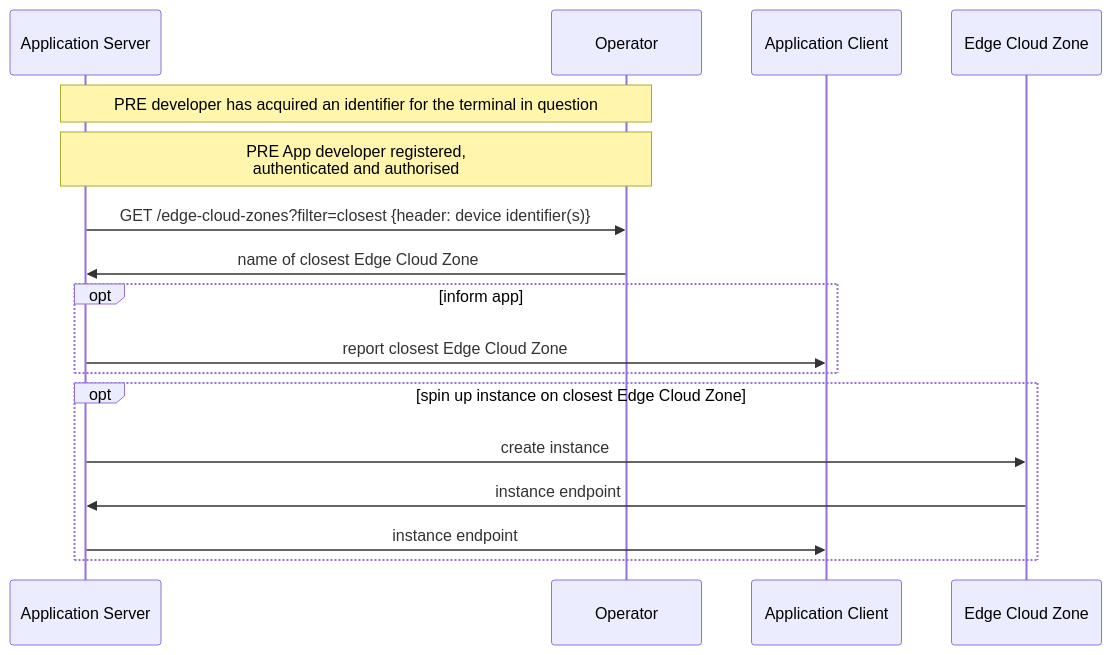
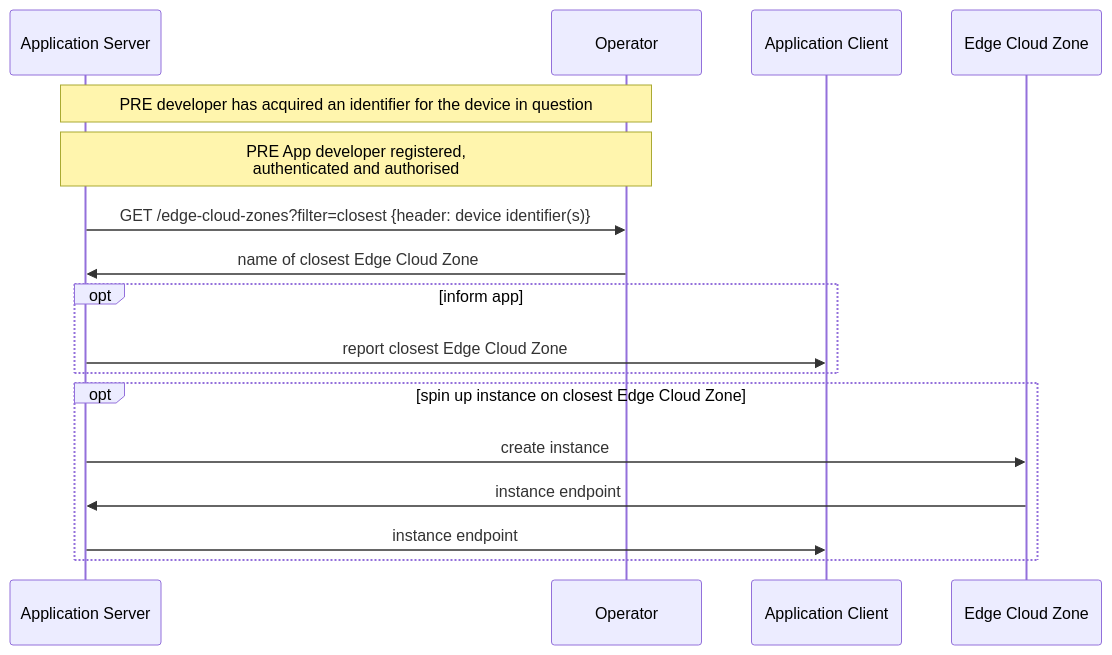
Before and after one commit to camaraproject/SimpleEdgeDiscovery: the second of 2 diagrams in documentation/API_documentation/SimpleEdgeDiscovery_User_Story.md, drawn with Mermaid. The commit also changed other lines of this file, not shown here.

````diff
--- a/documentation/API_documentation/SimpleEdgeDiscovery_User_Story.md
+++ b/documentation/API_documentation/SimpleEdgeDiscovery_User_Story.md
@@ -55,15 +54,15 @@
 ```mermaid
 sequenceDiagram
-    Note over Application Server, Operator: PRE developer has acquired an identifier for the terminal in question
+    Note over Application Server, Operator: PRE developer has acquired an identifier for the device in question
     Note over Application Server, Operator: PRE App developer registered, <br/> authenticated and authorised
     Application Server->>Operator: GET /edge-cloud-zones?filter=closest {header: device identifier(s)}
     Operator->>Application Server: name of closest Edge Cloud Zone
     opt inform app
      Application Server->>Application Client: report closest Edge Cloud Zone
     end
     opt spin up instance on closest Edge Cloud Zone
      Application Server->> Edge Cloud Zone: create instance
       Edge Cloud Zone->>Application Server: instance endpoint
      Application Server->>Application Client: instance endpoint
     end
 ```
````
